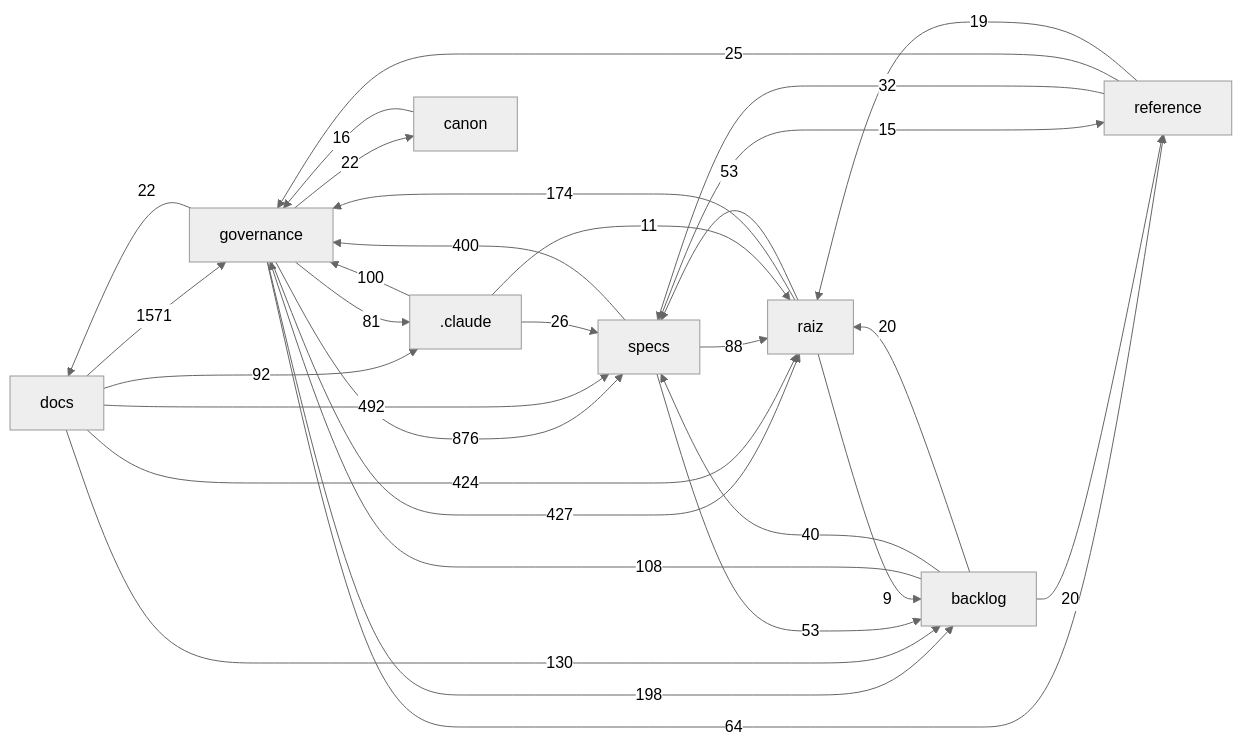
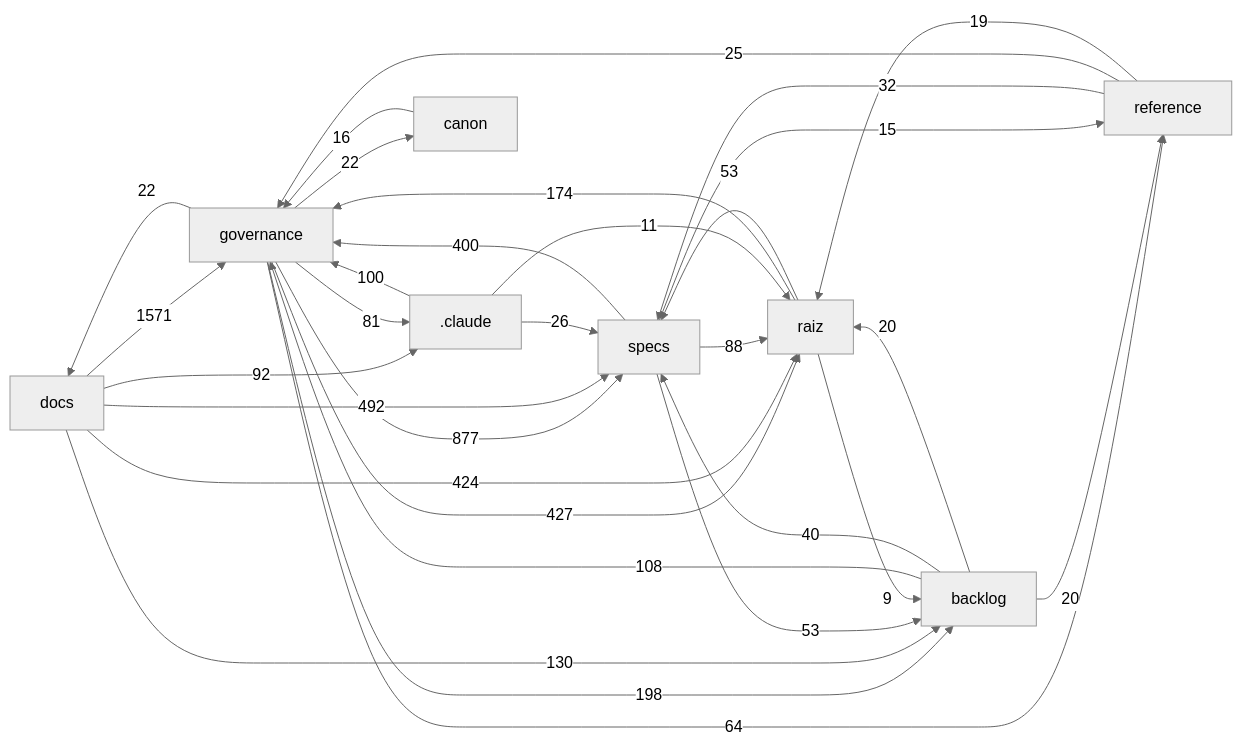
The diagram in docs/mapa/MAPA-PROJETO.md (Andraus35/Sistema-Operacional-de-Trading--SOT), drawn with Mermaid (neutral theme) before and after one commit. The commit also changed other lines of this file and 3 other files, not shown here.

````diff
--- a/docs/mapa/MAPA-PROJETO.md
+++ b/docs/mapa/MAPA-PROJETO.md
@@ -29,33 +29,33 @@
 ```mermaid
 flowchart LR
   docs["docs"] -->|1571| governance["governance"]
-  governance["governance"] -->|876| specs["specs"]
+  governance["governance"] -->|877| specs["specs"]
   docs["docs"] -->|492| specs["specs"]
   governance["governance"] -->|427| raiz["raiz"]
   docs["docs"] -->|424| raiz["raiz"]
   specs["specs"] -->|400| governance["governance"]
   governance["governance"] -->|198| backlog["backlog"]
   raiz["raiz"] -->|174| governance["governance"]
   docs["docs"] -->|130| backlog["backlog"]
   backlog["backlog"] -->|108| governance["governance"]
   _claude[".claude"] -->|100| governance["governance"]
   docs["docs"] -->|92| _claude[".claude"]
   specs["specs"] -->|88| raiz["raiz"]
   governance["governance"] -->|81| _claude[".claude"]
   governance["governance"] -->|64| reference["reference"]
   raiz["raiz"] -->|53| specs["specs"]
   specs["specs"] -->|53| backlog["backlog"]
   backlog["backlog"] -->|40| specs["specs"]
   reference["reference"] -->|32| specs["specs"]
   _claude[".claude"] -->|26| specs["specs"]
   reference["reference"] -->|25| governance["governance"]
   governance["governance"] -->|22| docs["docs"]
   governance["governance"] -->|22| canon["canon"]
   backlog["backlog"] -->|20| raiz["raiz"]
   backlog["backlog"] -->|20| reference["reference"]
   reference["reference"] -->|19| raiz["raiz"]
   canon["canon"] -->|16| governance["governance"]
   specs["specs"] -->|15| reference["reference"]
   _claude[".claude"] -->|11| raiz["raiz"]
   raiz["raiz"] -->|9| backlog["backlog"]
 ```
````
